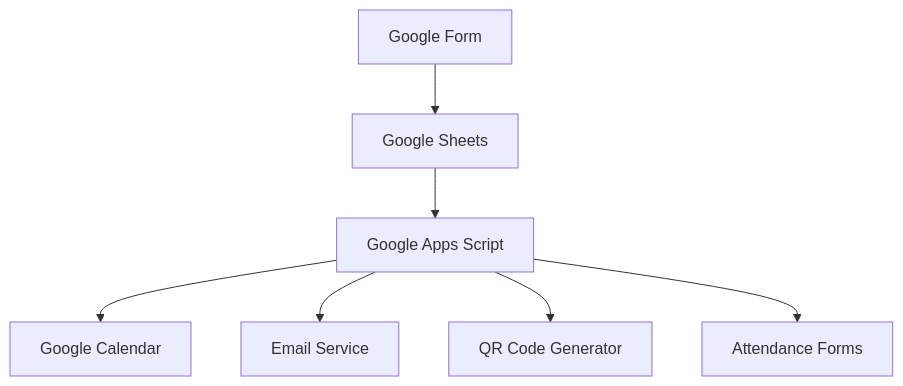
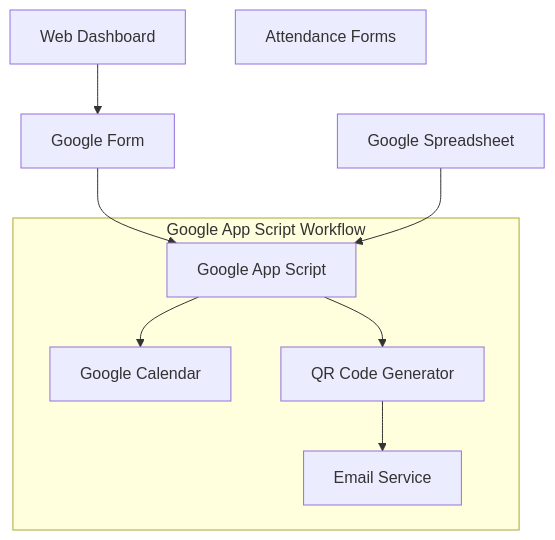
One commit to ijosh-ch/church-member-management changed the first of 4 diagrams in README.md. Above: the diagram before and after it, drawn with Mermaid. The commit also changed other lines of this file, not shown here.

First line of the commit message:
Update Web Dashboard flowchart in README.md

````diff
--- a/README.md
+++ b/README.md
@@ -37,9 +37,14 @@
 ```mermaid
 graph TB
-    A[Google Form] --> B[Google Sheets]
-    B --> C[Google Apps Script]
-    C --> D[Google Calendar]
-    C --> E[Email Service]
-    C --> F[QR Code Generator]
-    C --> G[Attendance Forms]
+  WebApp[Web Dashboard] --> Form[Google Form]
+  Form --> AppScript[Google App Script]
+  Spreadsheet[Google Spreadsheet] --> AppScript
+  
+  subgraph Google App Script Workflow
+    AppScript --> Calendar[Google Calendar]
+    AppScript --> QR[QR Code Generator]
+    QR --> Email[Email Service]
+  end
+  
+  G[Attendance Forms]
 ```
````
